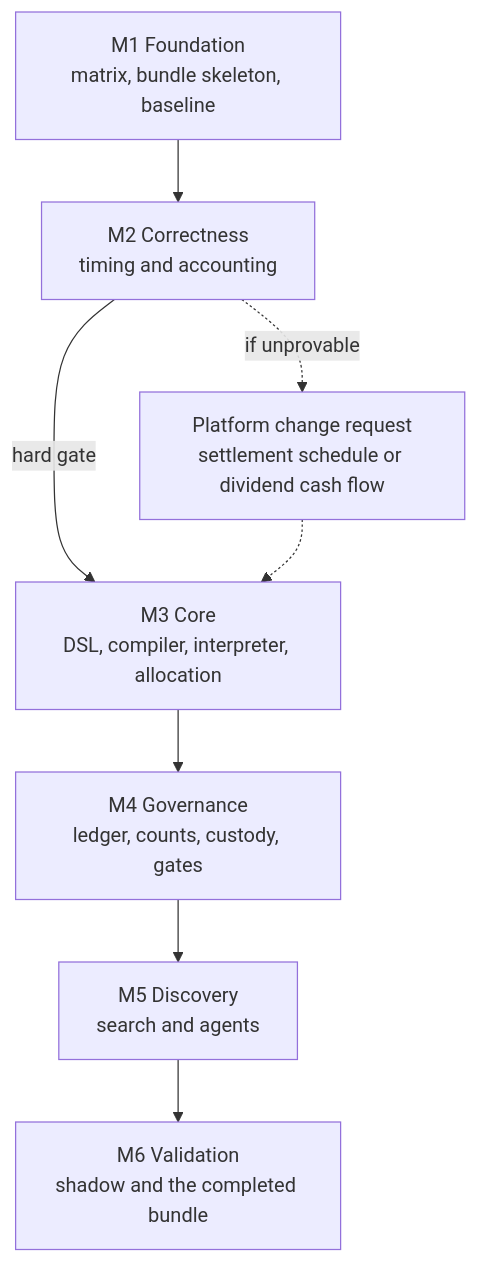
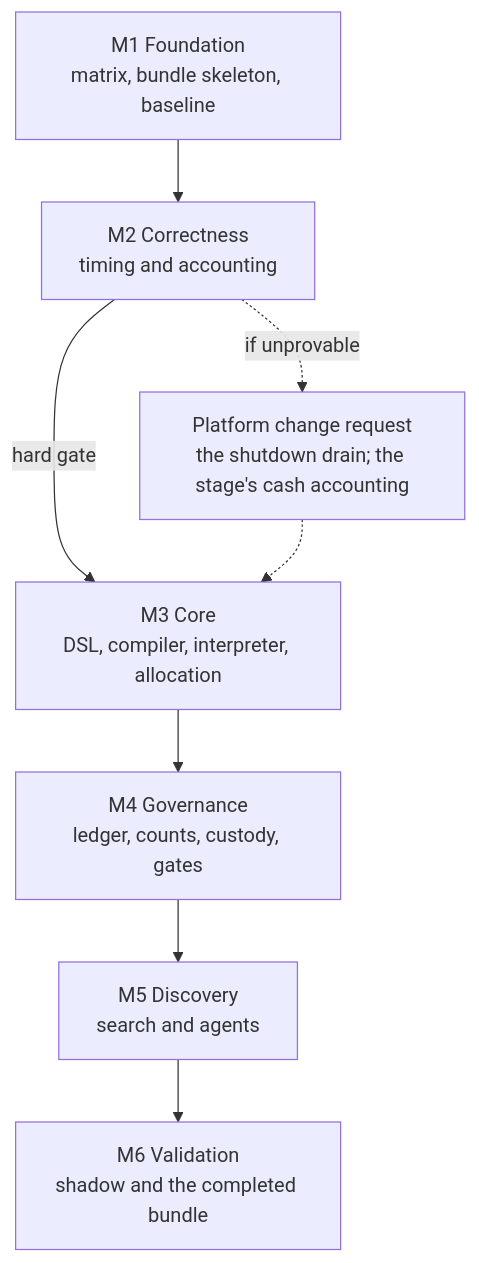
The diagram in docs/design/strategy_discovery_implementation.md (Ghostfusion/nautilus_trader), drawn with Mermaid before and after one commit. The commit also changed other lines of this file and 1 other file, not shown here.

First line of the commit message:
Record the drain request as filed, and correct the corporate-action gap's provenance

````diff
--- a/docs/design/strategy_discovery_implementation.md
+++ b/docs/design/strategy_discovery_implementation.md
@@ -734,10 +751,10 @@
 ```mermaid
 flowchart TD
     M1["M1 Foundation<br/>matrix, bundle skeleton, baseline"] --> M2["M2 Correctness<br/>timing and accounting"]
     M2 -->|"hard gate"| M3["M3 Core<br/>DSL, compiler, interpreter, allocation"]
     M3 --> M4["M4 Governance<br/>ledger, counts, custody, gates"]
     M4 --> M5["M5 Discovery<br/>search and agents"]
     M5 --> M6["M6 Validation<br/>shadow and the completed bundle"]
-    M2 -.->|"if unprovable"| P["Platform change request<br/>settlement schedule or dividend cash flow"]
+    M2 -.->|"if unprovable"| P["Platform change request<br/>the shutdown drain; the stage's cash accounting"]
     P -.-> M3
 ```
````
